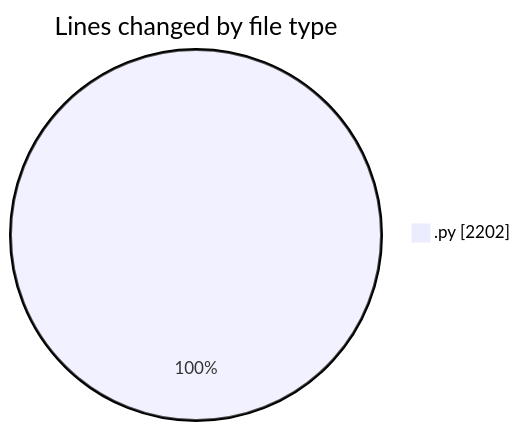
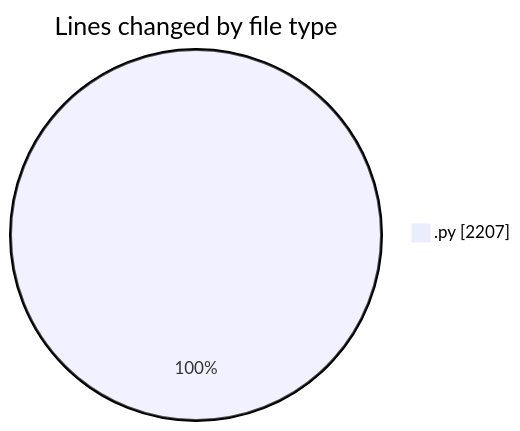
Before and after one commit to MatusMokan/code-tracking: the first of 2 diagrams in 2025-04-12/myws__workspace_/README.md, drawn with Mermaid. The commit also changed other lines of this file and 1 other file, not shown here.

````diff
--- a/2025-04-12/myws__workspace_/README.md
+++ b/2025-04-12/myws__workspace_/README.md
@@ -22,5 +22,5 @@
 ```mermaid
 pie showData
 title Lines changed by file type
-".py" : 2202
+".py" : 2207
 ```
````
